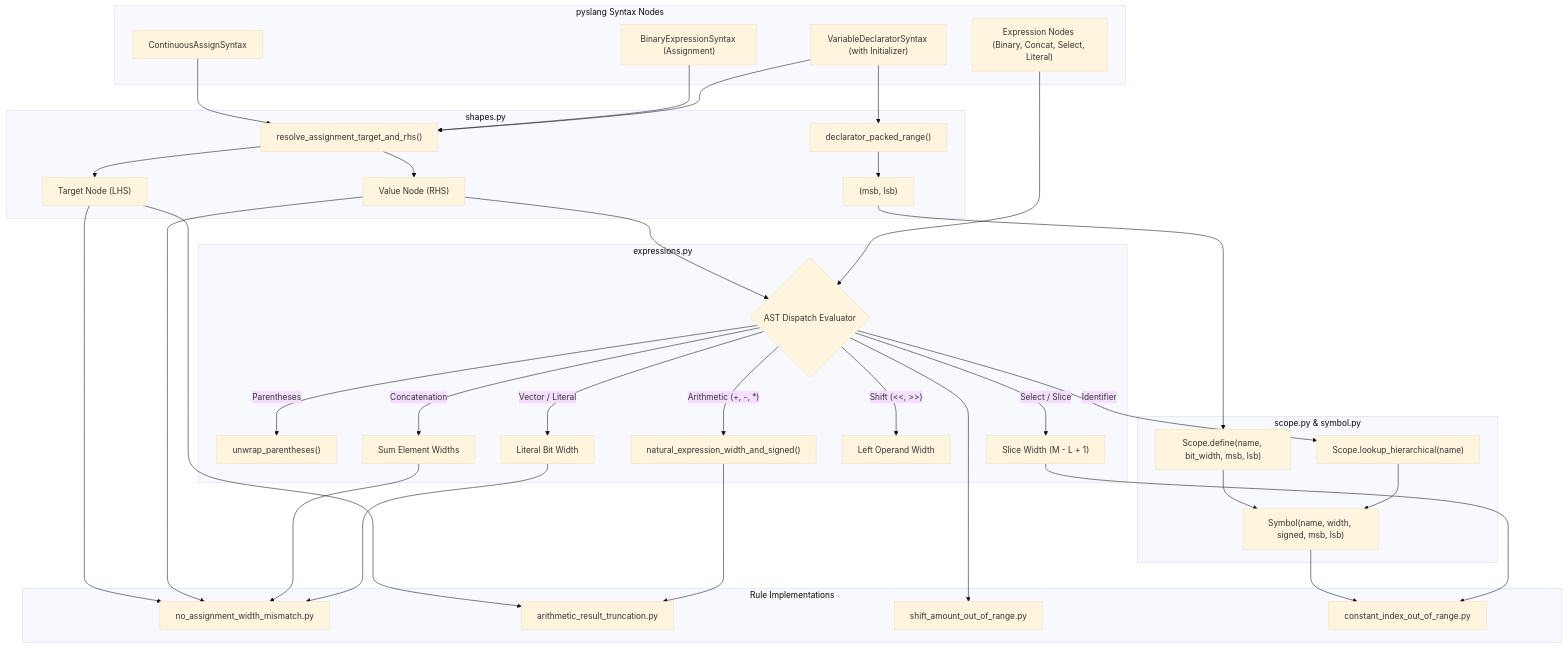
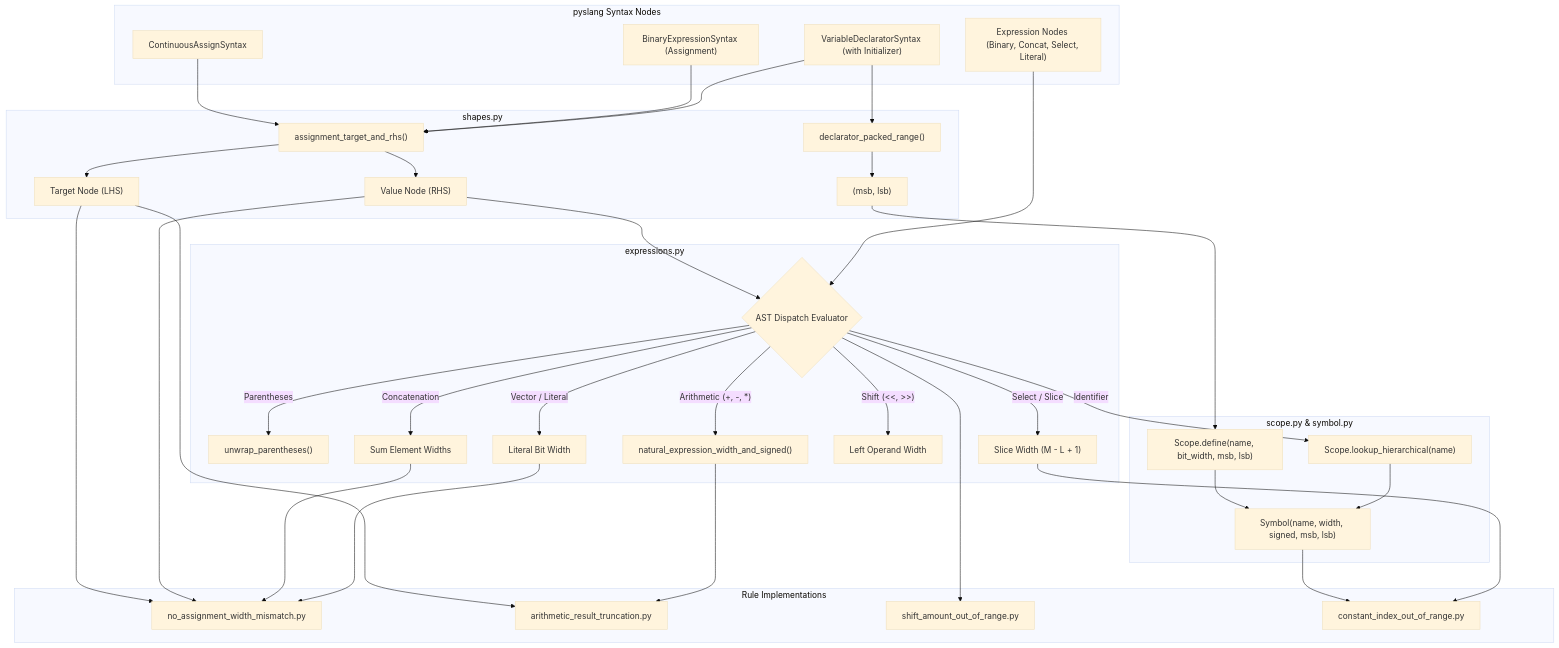
Before and after one commit to svalme/Verilinter: the second of 5 diagrams in docs/ARCHITECTURE.md, drawn with Mermaid (base theme). The commit also changed other lines of this file and 10 other files, not shown here.

````diff
--- a/docs/ARCHITECTURE.md
+++ b/docs/ARCHITECTURE.md
@@ -59,54 +59,54 @@
 ```mermaid
 graph TD
     subgraph ASTNodes ["pyslang Syntax Nodes"]
         CA["ContinuousAssignSyntax"]
         PA["BinaryExpressionSyntax (Assignment)"]
         VD["VariableDeclaratorSyntax (with Initializer)"]
         EXPR["Expression Nodes (Binary, Concat, Select, Literal)"]
     end
 
     subgraph ShapeResolution ["shapes.py"]
-        CA --> R_ASSIGN["resolve_assignment_target_and_rhs()"]
+        CA --> R_ASSIGN["assignment_target_and_rhs()"]
         PA --> R_ASSIGN
         VD --> R_ASSIGN
         R_ASSIGN --> OUT_TGT["Target Node (LHS)"]
         R_ASSIGN --> OUT_RHS["Value Node (RHS)"]
         
         VD --> R_RANGE["declarator_packed_range()"]
         R_RANGE --> OUT_BOUNDS["(msb, lsb)"]
     end
 
     subgraph ScopeLayer ["scope.py & symbol.py"]
         OUT_BOUNDS --> SYM_DEF["Scope.define(name, bit_width, msb, lsb)"]
         SYM_DEF --> SYM_OBJ["Symbol(name, width, signed, msb, lsb)"]
         LOOKUP["Scope.lookup_hierarchical(name)"] --> SYM_OBJ
     end
 
     subgraph ExpressionEngine ["expressions.py"]
         OUT_RHS --> EXPR_ENGINE{"AST Dispatch Evaluator"}
         EXPR --> EXPR_ENGINE
         
         EXPR_ENGINE -- "Parentheses" --> UNWRAP["unwrap_parentheses()"]
         EXPR_ENGINE -- "Identifier" --> LOOKUP
         EXPR_ENGINE -- "Concatenation" --> SUM_CONCAT["Sum Element Widths"]
         EXPR_ENGINE -- "Select / Slice" --> CALC_SLICE["Slice Width (M - L + 1)"]
         EXPR_ENGINE -- "Vector / Literal" --> LIT_WIDTH["Literal Bit Width"]
         EXPR_ENGINE -- "Shift (<<, >>)" --> SHIFT_WIDTH["Left Operand Width"]
         EXPR_ENGINE -- "Arithmetic (+, -, *)" --> NAT_WIDTH["natural_expression_width_and_signed()"]
     end
 
     subgraph RuleConsumers ["Rule Implementations"]
         OUT_TGT --> NO_MISMATCH["no_assignment_width_mismatch.py"]
         OUT_RHS --> NO_MISMATCH
         SUM_CONCAT --> NO_MISMATCH
         LIT_WIDTH --> NO_MISMATCH
 
         OUT_TGT --> ARITH_TRUNC["arithmetic_result_truncation.py"]
         NAT_WIDTH --> ARITH_TRUNC
 
         EXPR_ENGINE --> SHIFT_RANGE["shift_amount_out_of_range.py"]
 
         SYM_OBJ --> CONST_INDEX["constant_index_out_of_range.py"]
         CALC_SLICE --> CONST_INDEX
     end
 ```
````
